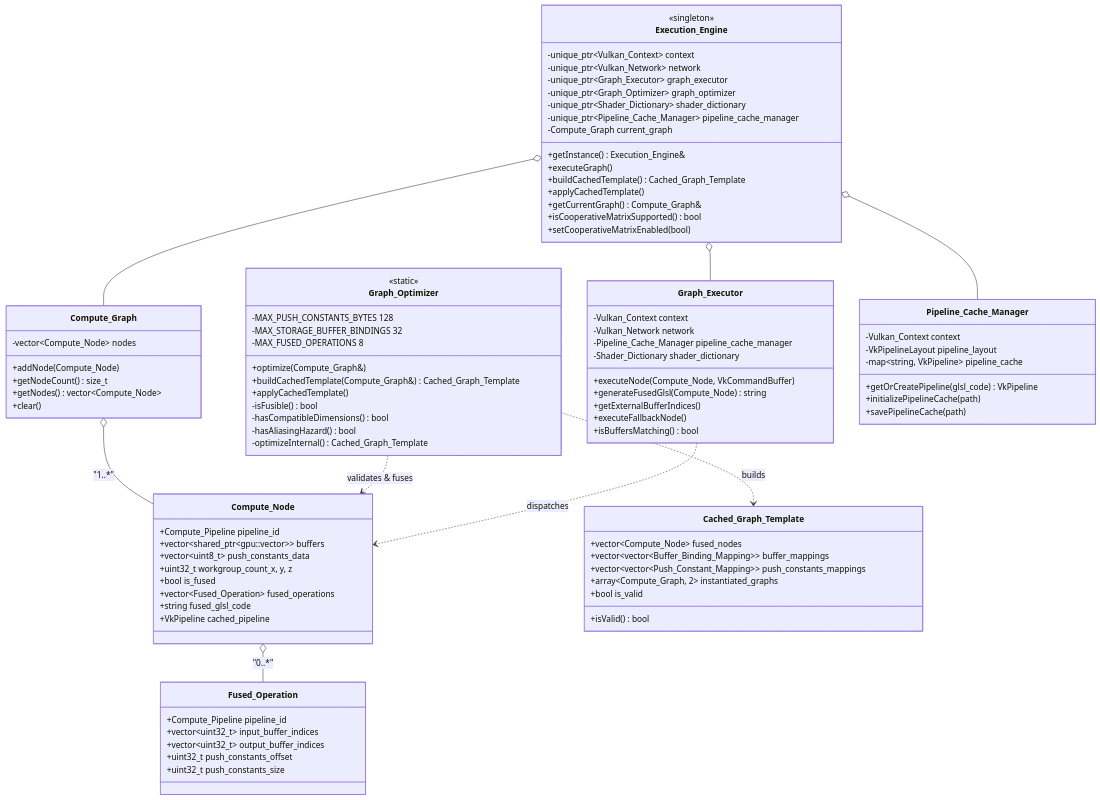
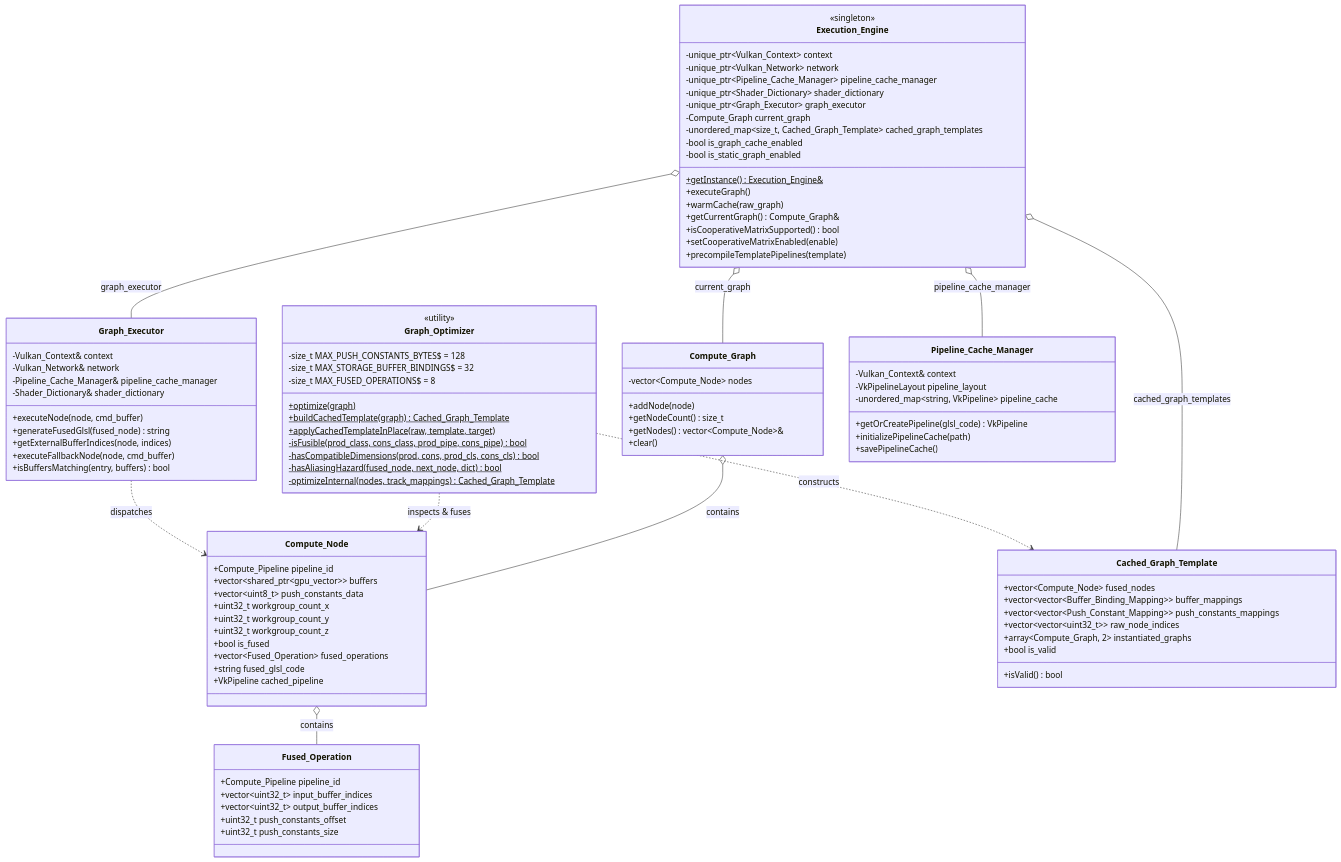
One commit to HungVQ1991/VulkanML changed the fourth of 11 diagrams in architechture.md. Above: the diagram before and after it, drawn with Mermaid. The commit also changed other lines of this file, not shown here.

Commit message:
fix architecture

````diff
--- a/architechture.md
+++ b/architechture.md
@@ -298,33 +346,37 @@
         <<singleton>>
         -unique_ptr~Vulkan_Context~ context
         -unique_ptr~Vulkan_Network~ network
+        -unique_ptr~Pipeline_Cache_Manager~ pipeline_cache_manager
+        -unique_ptr~Shader_Dictionary~ shader_dictionary
         -unique_ptr~Graph_Executor~ graph_executor
-        -unique_ptr~Graph_Optimizer~ graph_optimizer
-        -unique_ptr~Shader_Dictionary~ shader_dictionary
-        -unique_ptr~Pipeline_Cache_Manager~ pipeline_cache_manager
         -Compute_Graph current_graph
-        +getInstance() Execution_Engine&
+        -unordered_map~size_t, Cached_Graph_Template~ cached_graph_templates
+        -bool is_graph_cache_enabled
+        -bool is_static_graph_enabled
+        +getInstance()$ Execution_Engine&
         +executeGraph()
-        +buildCachedTemplate() Cached_Graph_Template
-        +applyCachedTemplate()
+        +warmCache(raw_graph)
         +getCurrentGraph() Compute_Graph&
         +isCooperativeMatrixSupported() bool
-        +setCooperativeMatrixEnabled(bool)
+        +setCooperativeMatrixEnabled(enable)
+        +precompileTemplatePipelines(template)
     }
 
     class Compute_Graph {
         -vector~Compute_Node~ nodes
-        +addNode(Compute_Node)
+        +addNode(node)
         +getNodeCount() size_t
-        +getNodes() vector~Compute_Node~
+        +getNodes() vector~Compute_Node~&
         +clear()
     }
 
     class Compute_Node {
         +Compute_Pipeline pipeline_id
-        +vector~shared_ptr~gpu::vector~~ buffers
+        +vector~shared_ptr~gpu_vector~~ buffers
         +vector~uint8_t~ push_constants_data
-        +uint32_t workgroup_count_x, y, z
+        +uint32_t workgroup_count_x
+        +uint32_t workgroup_count_y
+        +uint32_t workgroup_count_z
         +bool is_fused
         +vector~Fused_Operation~ fused_operations
         +string fused_glsl_code
@@ -340,55 +392,57 @@
     }
 
     class Graph_Optimizer {
-        <<static>>
-        -MAX_PUSH_CONSTANTS_BYTES 128
-        -MAX_STORAGE_BUFFER_BINDINGS 32
-        -MAX_FUSED_OPERATIONS 8
-        +optimize(Compute_Graph&)
-        +buildCachedTemplate(Compute_Graph&) Cached_Graph_Template
-        +applyCachedTemplate()
-        -isFusible() bool
-        -hasCompatibleDimensions() bool
-        -hasAliasingHazard() bool
-        -optimizeInternal() Cached_Graph_Template
+        <<utility>>
+        -size_t MAX_PUSH_CONSTANTS_BYTES$ = 128
+        -size_t MAX_STORAGE_BUFFER_BINDINGS$ = 32
+        -size_t MAX_FUSED_OPERATIONS$ = 8
+        +optimize(graph)$
+        +buildCachedTemplate(graph)$ Cached_Graph_Template
+        +applyCachedTemplateInPlace(raw, template, target)$
+        -isFusible(prod_class, cons_class, prod_pipe, cons_pipe)$ bool
+        -hasCompatibleDimensions(prod, cons, prod_cls, cons_cls)$ bool
+        -hasAliasingHazard(fused_node, next_node, dict)$ bool
+        -optimizeInternal(nodes, track_mappings)$ Cached_Graph_Template
     }
 
     class Graph_Executor {
-        -Vulkan_Context context
-        -Vulkan_Network network
-        -Pipeline_Cache_Manager pipeline_cache_manager
-        -Shader_Dictionary shader_dictionary
-        +executeNode(Compute_Node, VkCommandBuffer)
-        +generateFusedGlsl(Compute_Node) string
-        +getExternalBufferIndices()
-        +executeFallbackNode()
-        +isBuffersMatching() bool
+        -Vulkan_Context& context
+        -Vulkan_Network& network
+        -Pipeline_Cache_Manager& pipeline_cache_manager
+        -Shader_Dictionary& shader_dictionary
+        +executeNode(node, cmd_buffer)
+        +generateFusedGlsl(fused_node) string
+        +getExternalBufferIndices(node, indices)
+        +executeFallbackNode(node, cmd_buffer)
+        +isBuffersMatching(entry, buffers) bool
     }
 
     class Cached_Graph_Template {
         +vector~Compute_Node~ fused_nodes
         +vector~vector~Buffer_Binding_Mapping~~ buffer_mappings
         +vector~vector~Push_Constant_Mapping~~ push_constants_mappings
+        +vector~vector~uint32_t~~ raw_node_indices
         +array~Compute_Graph, 2~ instantiated_graphs
         +bool is_valid
         +isValid() bool
     }
 
     class Pipeline_Cache_Manager {
-        -Vulkan_Context context
+        -Vulkan_Context& context
         -VkPipelineLayout pipeline_layout
-        -map~string, VkPipeline~ pipeline_cache
+        -unordered_map~string, VkPipeline~ pipeline_cache
         +getOrCreatePipeline(glsl_code) VkPipeline
         +initializePipelineCache(path)
-        +savePipelineCache(path)
+        +savePipelineCache()
     }
 
-    Execution_Engine o-- Compute_Graph
-    Execution_Engine o-- Graph_Executor
-    Execution_Engine o-- Pipeline_Cache_Manager
-    Compute_Graph o-- Compute_Node : "1..*"
-    Compute_Node o-- Fused_Operation : "0..*"
-    Graph_Optimizer ..> Cached_Graph_Template : builds
-    Graph_Optimizer ..> Compute_Node : validates & fuses
+    Execution_Engine o-- Compute_Graph : current_graph
+    Execution_Engine o-- Graph_Executor : graph_executor
+    Execution_Engine o-- Pipeline_Cache_Manager : pipeline_cache_manager
+    Execution_Engine o-- Cached_Graph_Template : cached_graph_templates
+    Compute_Graph o-- Compute_Node : contains
+    Compute_Node o-- Fused_Operation : contains
+    Graph_Optimizer ..> Cached_Graph_Template : constructs
+    Graph_Optimizer ..> Compute_Node : inspects & fuses
     Graph_Executor ..> Compute_Node : dispatches
 ```
````
